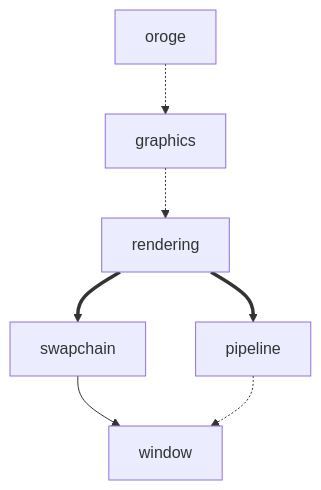
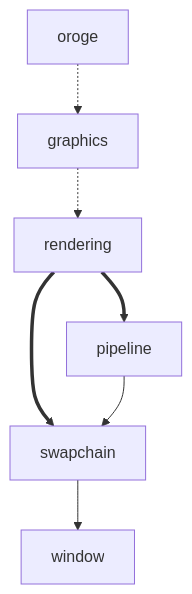
One commit to Tengu712/orge changed the diagram in docs/ARCHITECTURE.md. Above: the diagram before and after it, drawn with Mermaid. The commit also changed 2 other files, not shown here.

Commit message:
パイプライン不要なら早期リターン

````diff
--- a/docs/ARCHITECTURE.md
+++ b/docs/ARCHITECTURE.md
@@ -5,9 +5,9 @@
 ```mermaid
 graph TD
     oroge -.-> graphics
     graphics -.-> rendering
     rendering ==> swapchain
     rendering ==> pipeline
     swapchain --> window
-    pipeline -.-> window
+    pipeline --> swapchain
 ```
````
